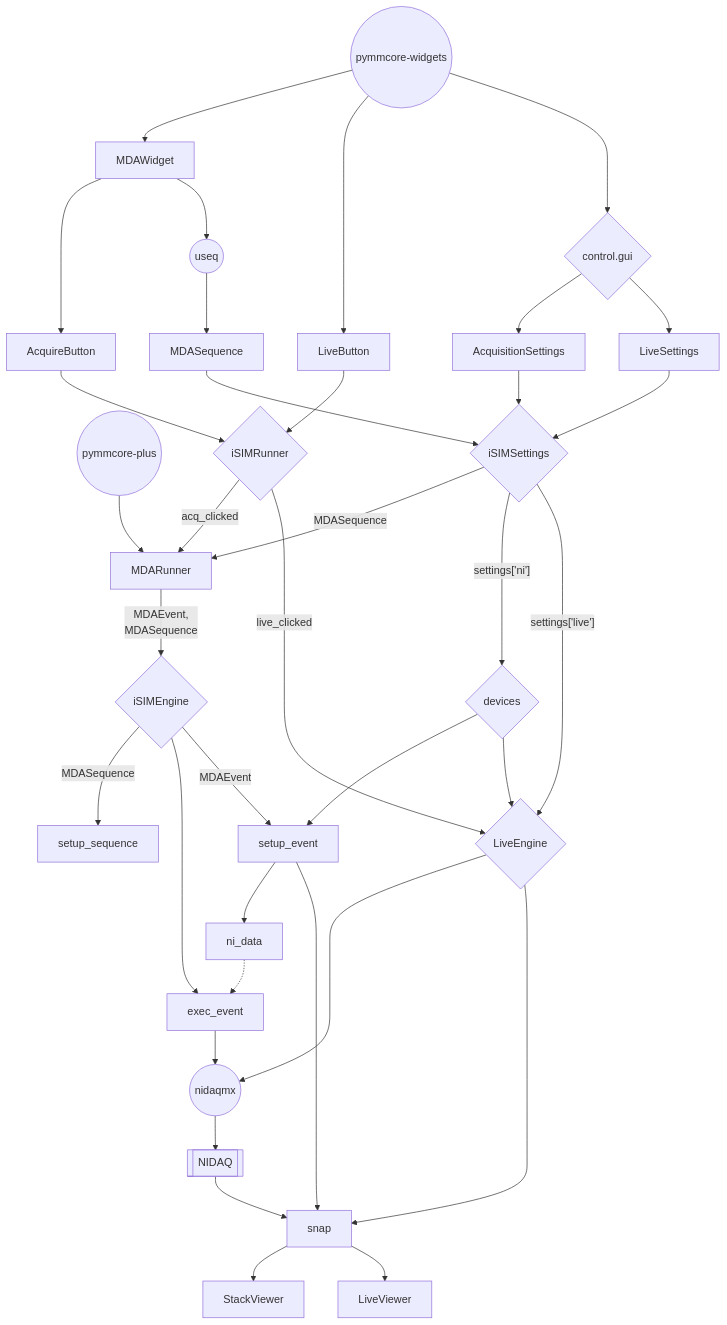
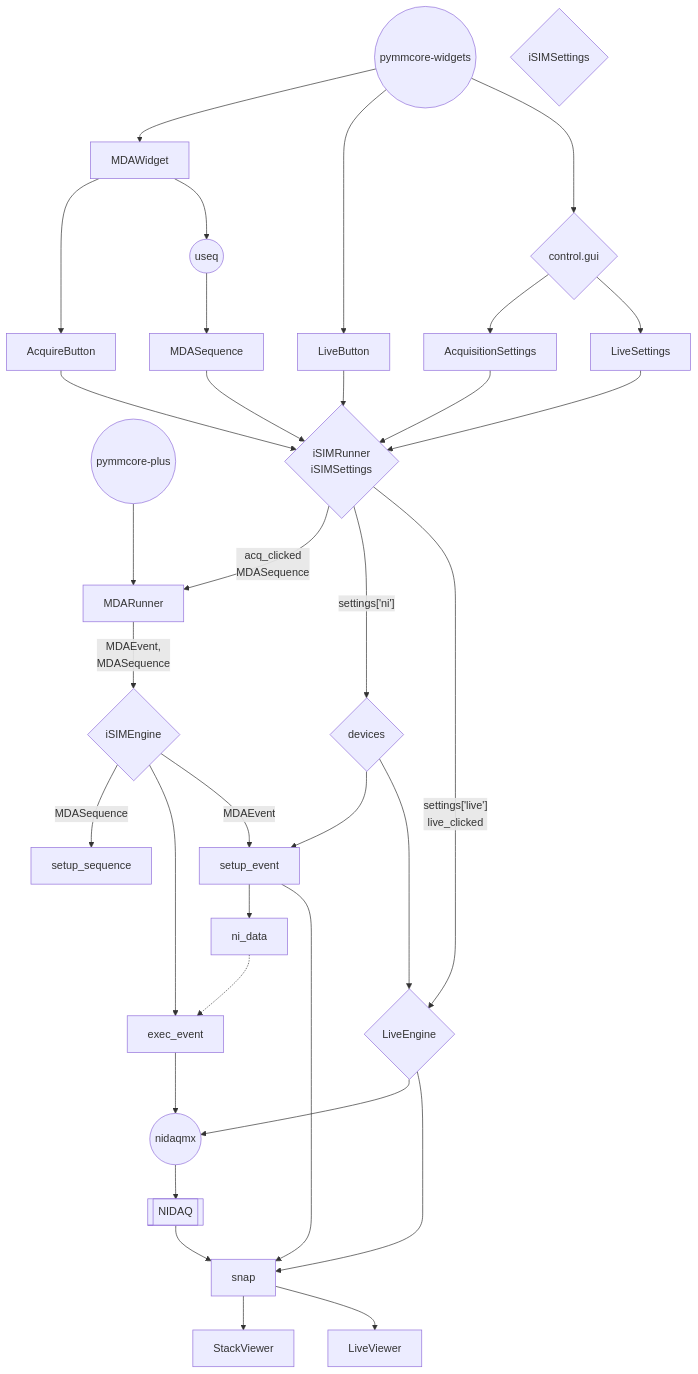
Before and after one commit to LEB-EPFL/iSIM: the diagram in control/doc/structure.md, drawn with Mermaid.

Commit message:
update to combine runner & settings

````diff
--- a/control/doc/structure.md
+++ b/control/doc/structure.md
@@ -1,59 +1,57 @@
 ```mermaid
 flowchart TD;
     useq((useq))
     pymmcore-plus((pymmcore-plus))
     pymmcore-widgets((pymmcore-widgets))
     iSIMEngine{iSIMEngine}
     control.gui{control.gui}
-    iSIMRunner{iSIMRunner}
+    iSIMRunner{iSIMRunner \n iSIMSettings}
     iSIMSettings{iSIMSettings}
     devices{devices}
     NIDAQ[[NIDAQ]]
     nidaqmx((nidaqmx))
 
     %% Acquisisitons
     useq --> MDASequence
     pymmcore-widgets --> MDAWidget
     control.gui --> AcquisitionSettings
-    AcquisitionSettings --> iSIMSettings
+    AcquisitionSettings --> iSIMRunner
     MDAWidget --> AcquireButton
     AcquireButton --> iSIMRunner
     MDAWidget --> useq
 
-    MDASequence --> iSIMSettings
+    MDASequence --> iSIMRunner
     pymmcore-plus --> MDARunner
 
-    iSIMRunner -- acq_clicked--> MDARunner
-    iSIMSettings -- MDASequence --> MDARunner
-    iSIMSettings -- settings['ni'] --> devices
+    iSIMRunner -- acq_clicked \n MDASequence--> MDARunner
+    iSIMRunner -- settings['ni'] --> devices
 
     MDARunner -- MDAEvent, \n MDASequence --> iSIMEngine
     iSIMEngine -- MDASequence --> setup_sequence
     iSIMEngine --> exec_event
     iSIMEngine -- MDAEvent --> setup_event
     devices --> setup_event
     setup_event --> ni_data
     setup_event --> snap
     ni_data -.-> exec_event
     exec_event --> nidaqmx
     nidaqmx --> NIDAQ
     snap --> StackViewer
 
 
     %% Live Mode
     pymmcore-widgets --> LiveButton
     LiveButton --> iSIMRunner
     LiveEngine{LiveEngine} --> nidaqmx
     LiveEngine --> snap
     NIDAQ --> snap
     snap --> LiveViewer
 
     devices --> LiveEngine
-    iSIMSettings -- settings['live'] --> LiveEngine
-    iSIMRunner -- live_clicked --> LiveEngine
+    iSIMRunner -- settings['live'] \n live_clicked--> LiveEngine
 
     control.gui --> LiveSettings
     pymmcore-widgets --> control.gui
-    LiveSettings --> iSIMSettings
+    LiveSettings --> iSIMRunner
 
 ```
````
